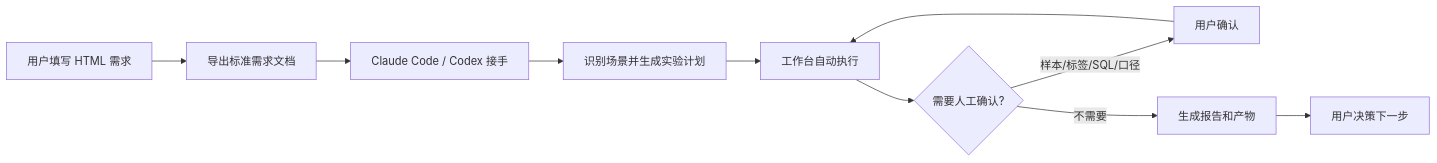
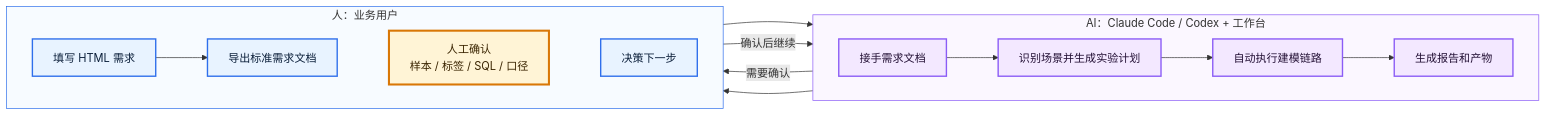
Before and after one commit to GZZZJ/jingying_model_agent: the diagram in projects/2026-05-fujie-gcard-v1/docs/用户使用流程-0610早晨修改版.md, drawn with Mermaid. The commit also changed 12 other files, not shown here.

````diff
--- a/projects/2026-05-fujie-gcard-v1/docs/用户使用流程-0610早晨修改版.md
+++ b/projects/2026-05-fujie-gcard-v1/docs/用户使用流程-0610早晨修改版.md
@@ -19,12 +19,30 @@
 ```mermaid
 flowchart LR
-  A["用户填写 HTML 需求"] --> B["导出标准需求文档"]
-  B --> C["Claude Code / Codex 接手"]
-  C --> D["识别场景并生成实验计划"]
-  D --> E["工作台自动执行"]
-  E --> F{"需要人工确认?"}
-  F -->|"样本/标签/SQL/口径"| G["用户确认"]
-  G --> E
-  F -->|"不需要"| H["生成报告和产物"]
-  H --> I["用户决策下一步"]
+  subgraph AI["AI：Claude Code / Codex + 工作台"]
+    direction LR
+    C["接手需求文档"] --> D["识别场景并生成实验计划"] --> E["自动执行建模链路"] --> H["生成报告和产物"]
+  end
+
+  subgraph U["人：业务用户"]
+    direction LR
+    A["填写 HTML 需求"] --> B["导出标准需求文档"]
+    G["人工确认<br/>样本 / 标签 / SQL / 口径"]
+    I["决策下一步"]
+    B ~~~ G
+    G ~~~ I
+  end
+
+  B --> C
+  E -->|"需要确认"| G
+  G -->|"确认后继续"| E
+  H --> I
+
+  class A,B,I human;
+  class C,D,E,H ai;
+  class G confirm;
+  classDef human fill:#E8F3FF,stroke:#2F6FEB,stroke-width:2px,color:#0B1F3A;
+  classDef ai fill:#F3E8FF,stroke:#8B5CF6,stroke-width:2px,color:#241136;
+  classDef confirm fill:#FFF4D6,stroke:#D97706,stroke-width:3px,color:#3A2400;
+  style U fill:#F7FBFF,stroke:#2F6FEB,stroke-width:1px;
+  style AI fill:#FBF7FF,stroke:#8B5CF6,stroke-width:1px;
 ```
````
